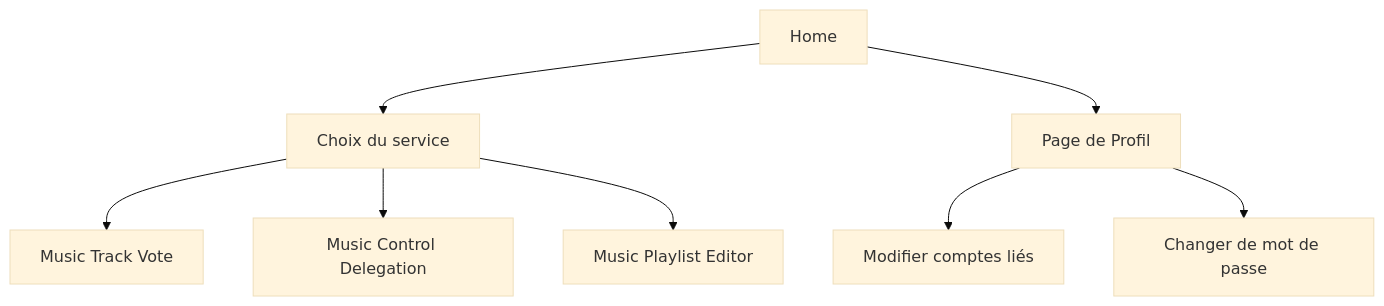
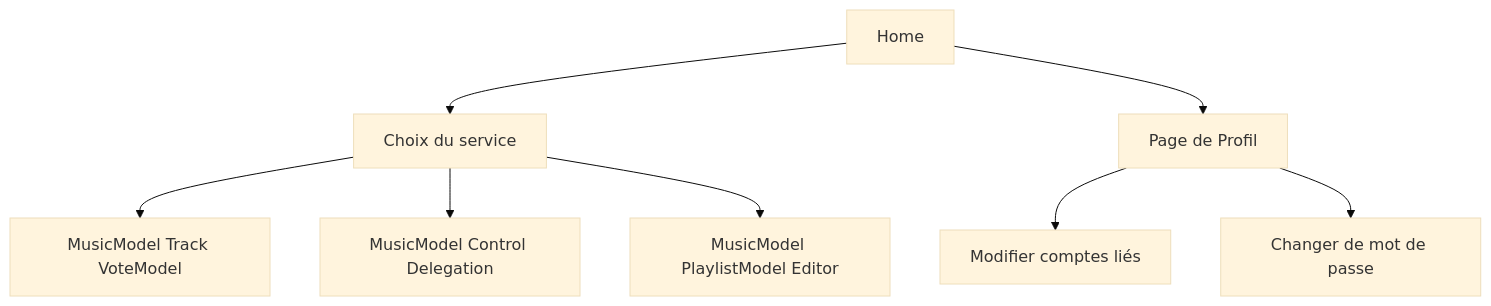
The second of 2 diagrams in Readme.md (Alhuin/MusicRoom), drawn with Mermaid (base theme) before and after one commit. The commit also changed other lines of this file and 16 other files, not shown here.

````diff
--- a/Readme.md
+++ b/Readme.md
@@ -59,11 +59,11 @@
 ```mermaid
 graph TD
 A[Home] --> B[Choix du service]
 A -->F[Page de Profil]
 F -->G[Modifier comptes liés]
 F -->H[Changer de mot de passe]
-B --> C[Music Track Vote]
-B --> D[Music Control Delegation]
-B --> E[Music Playlist Editor]
+B --> C[MusicModel Track VoteModel]
+B --> D[MusicModel Control Delegation]
+B --> E[MusicModel PlaylistModel Editor]
 
 ```
````
